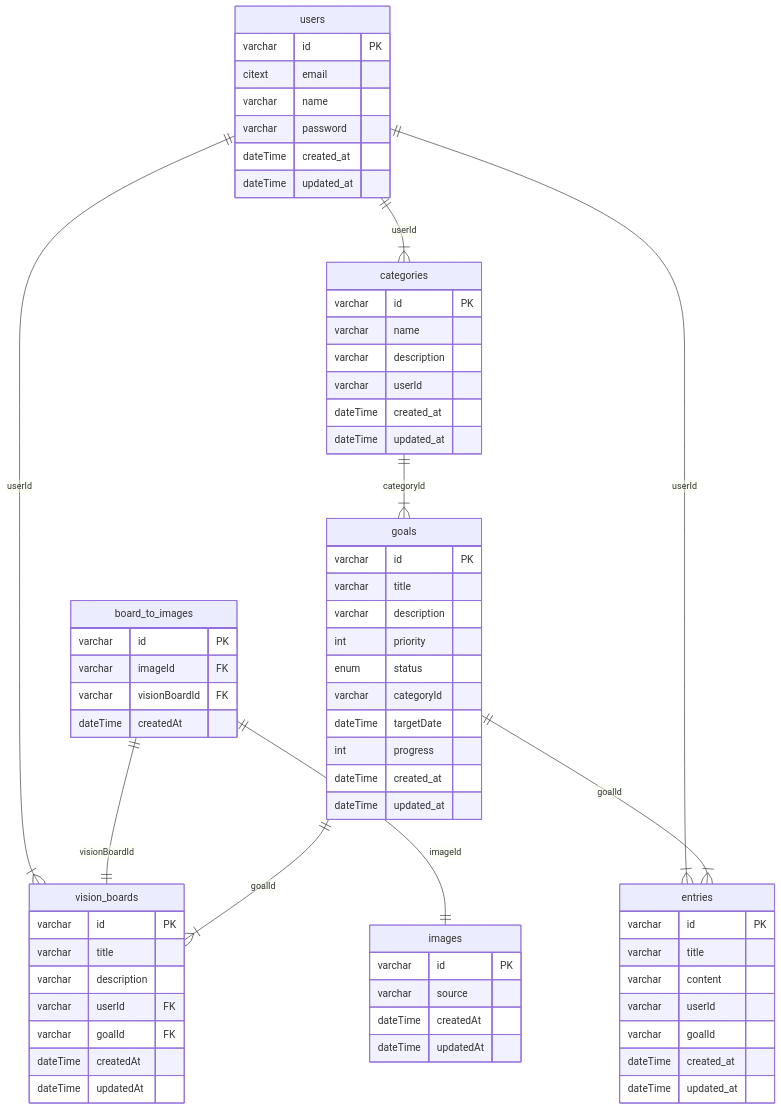
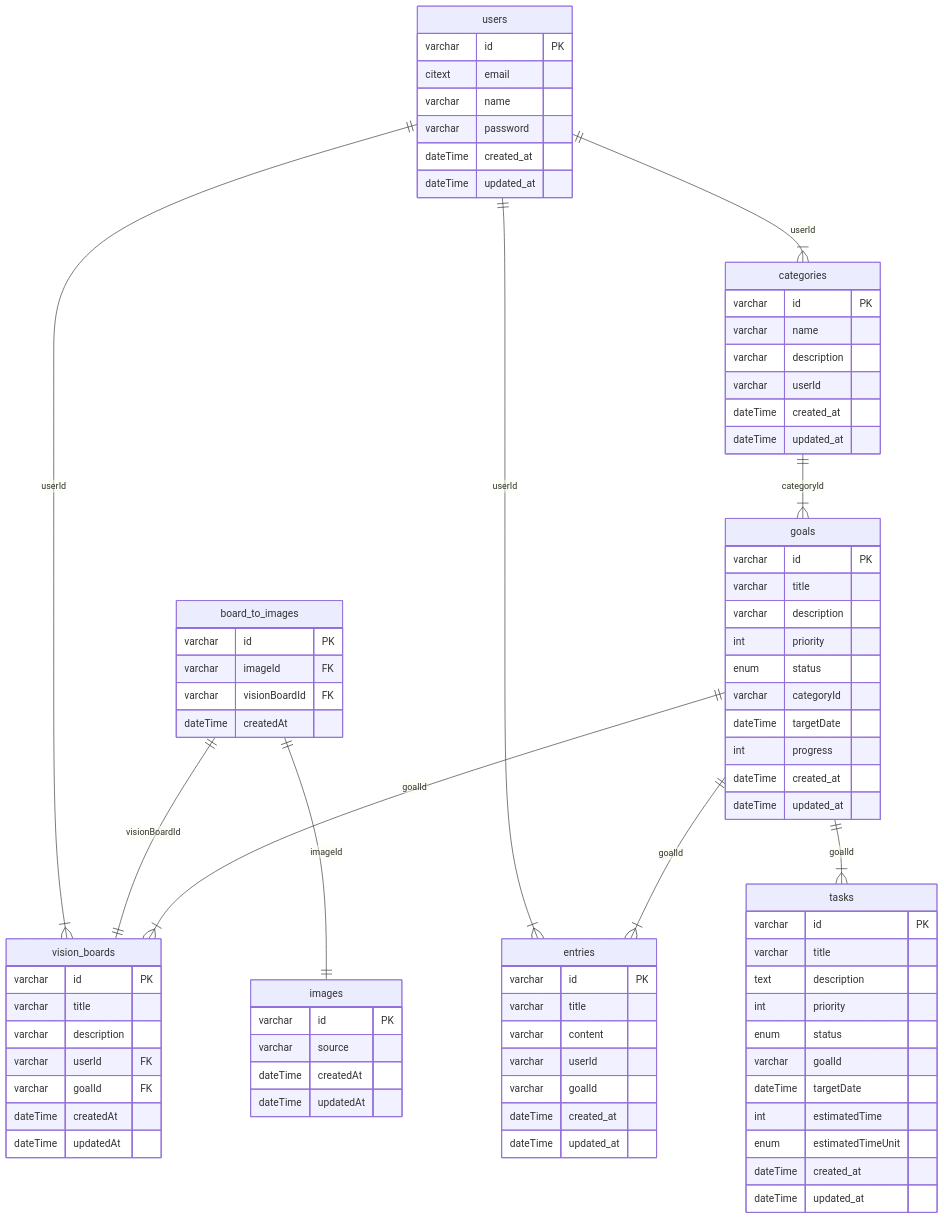
Before and after one commit to sandrvvu/BetterSelf: the diagram in README.md, drawn with Mermaid. The commit also changed 12 other files, not shown here.

````diff
--- a/README.md
+++ b/README.md
@@ -31,6 +31,20 @@
       varchar categoryId
       dateTime targetDate
       int progress
+      dateTime created_at
+      dateTime updated_at
+   }
+
+   tasks {
+      varchar id PK
+      varchar title
+      text description
+      int priority
+      enum status
+      varchar goalId
+      dateTime targetDate
+      int estimatedTime
+      enum estimatedTimeUnit
       dateTime created_at
       dateTime updated_at
    }
@@ -75,6 +89,7 @@
    categories ||--|{ goals : categoryId
    board_to_images ||--|| images : imageId
    board_to_images ||--|| vision_boards : visionBoardId
+   goals ||--|{ tasks : goalId
    goals ||--|{ vision_boards : goalId
    goals ||--|{ entries : goalId
 ```
````
